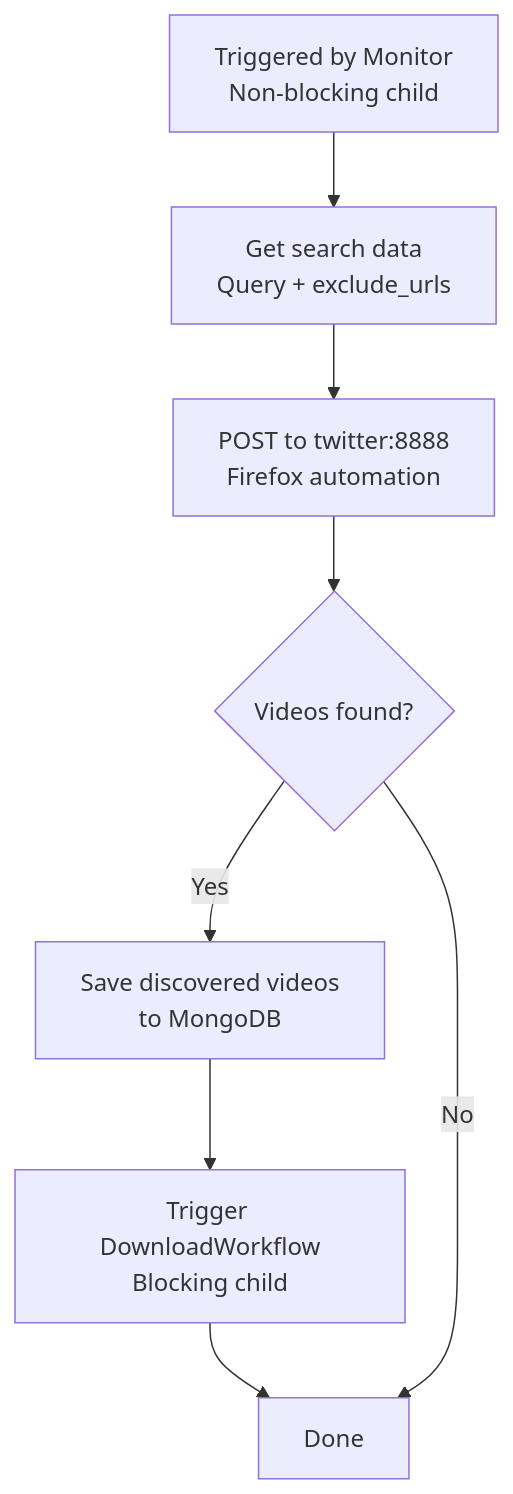
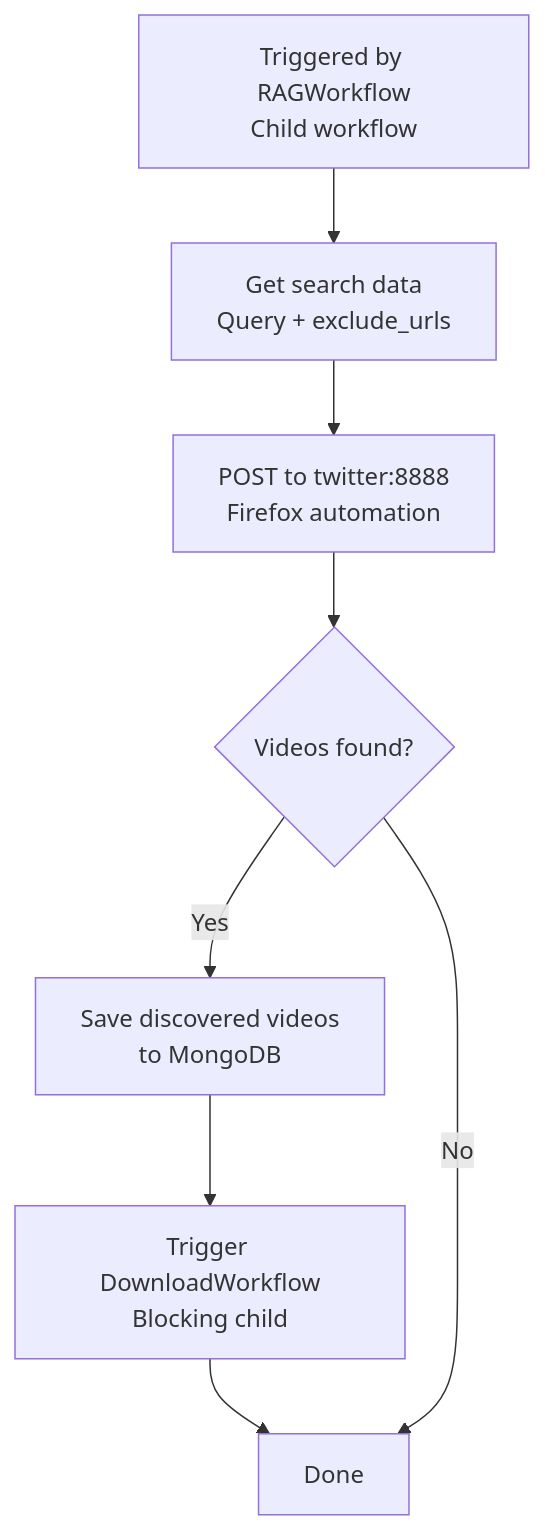
Before and after one commit to vedantadhobley/found-footy: diagram 12 of 13 in README.md, drawn with Mermaid. The commit also changed other lines of this file and 1 other file, not shown here.

````diff
--- a/README.md
+++ b/README.md
@@ -510,16 +553,16 @@
 ```mermaid
 flowchart TB
-    TRIGGER[Triggered by Monitor<br/>Non-blocking child]
+    TRIGGER[Triggered by RAGWorkflow<br/>Child workflow]
     
     GET[Get search data<br/>Query + exclude_urls]
     SEARCH[POST to twitter:8888<br/>Firefox automation]
     SAVE[Save discovered videos<br/>to MongoDB]
     
     FOUND{Videos found?}
     DOWNLOAD[Trigger DownloadWorkflow<br/>Blocking child]
     DONE[Done]
     
     TRIGGER --> GET --> SEARCH --> FOUND
     FOUND -->|Yes| SAVE --> DOWNLOAD --> DONE
     FOUND -->|No| DONE
 ```
````
